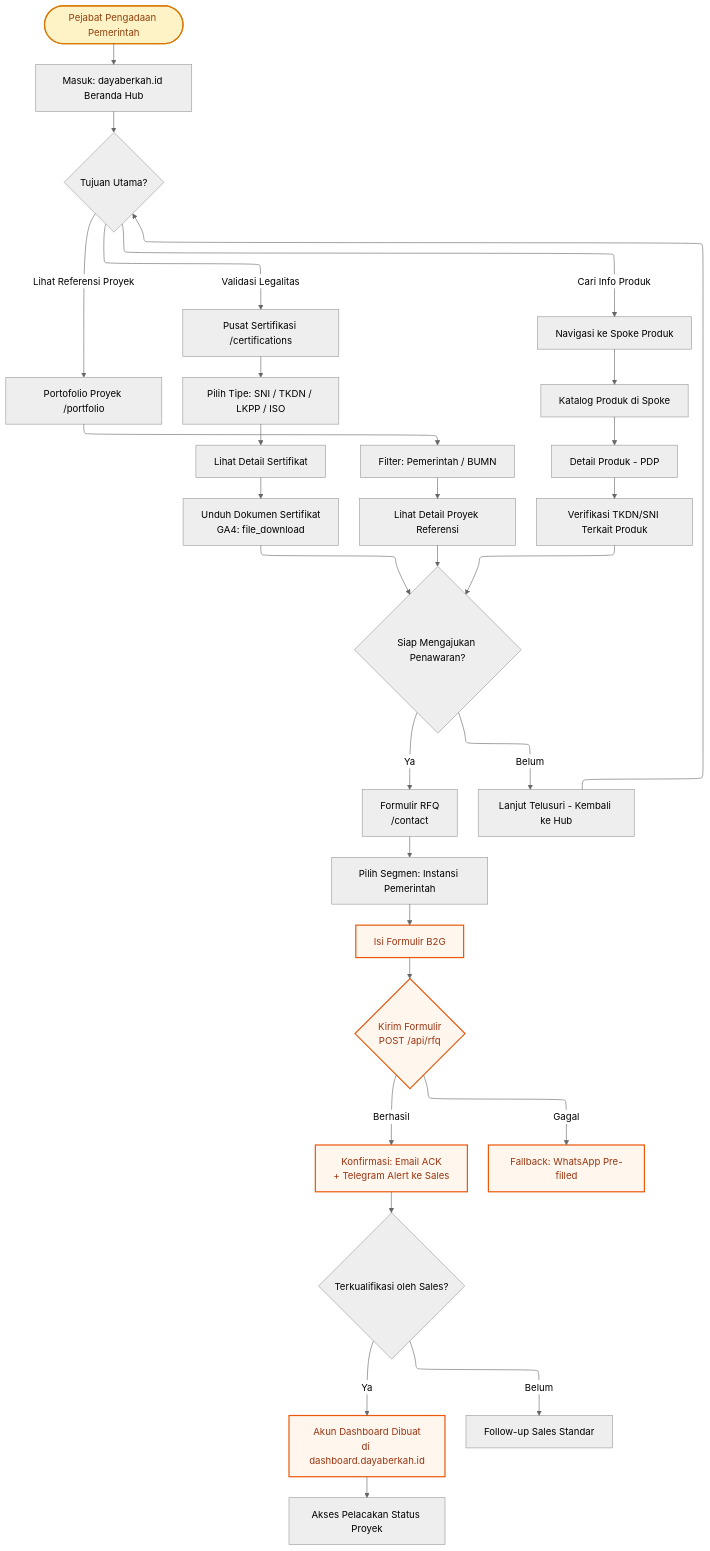
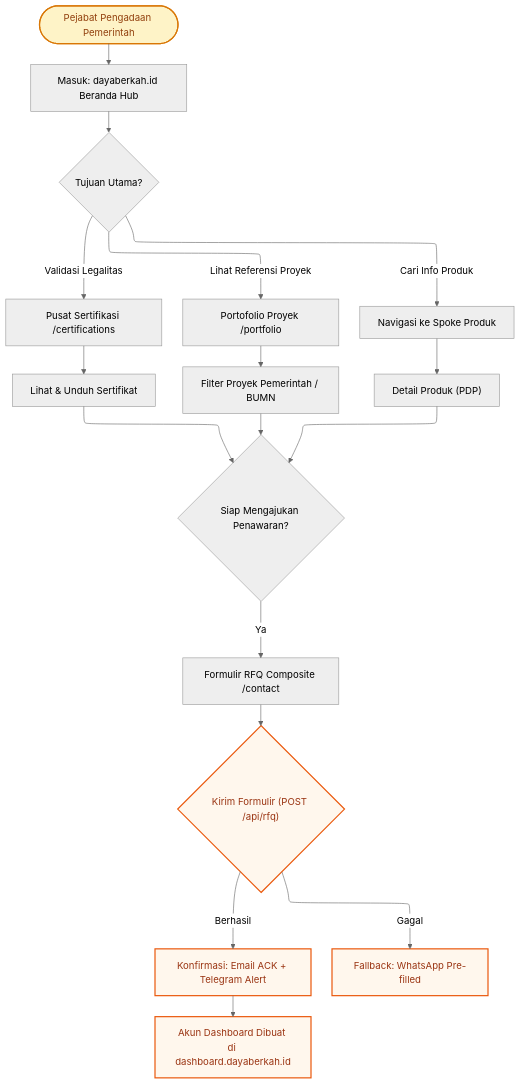
The first of 2 diagrams in docs/system/architecture/information-architecture/user-flows.md (pxrzival404/arostech-hub), drawn with Mermaid (neutral theme) before and after one commit. The commit also changed other lines of this file and 72 other files, not shown here.

Commit message:
docs(refactor): complete Phase 0 HLA architecture cascade and 7-Pillars standardisation

````diff
--- a/docs/system/architecture/information-architecture/user-flows.md
+++ b/docs/system/architecture/information-architecture/user-flows.md
@@ -18,45 +35,33 @@
 ```mermaid
 ---
 config:
   layout: elk
 ---
 flowchart TD
     classDef entry fill:#fef3c7,stroke:#d97706,stroke-width:2px,color:#92400e
     classDef conversion fill:#fff7ed,stroke:#ea580c,stroke-width:2px,color:#9a3412
 
-    START(["Pejabat Pengadaan Pemerintah"])
-    START --> ENTRY["Masuk: dayaberkah.id Beranda Hub"]
+    START(["Pejabat Pengadaan Pemerintah"]) --> ENTRY["Masuk: dayaberkah.id Beranda Hub"]
     ENTRY --> INTENT{"Tujuan Utama?"}
     INTENT -->|"Validasi Legalitas"| CERT["Pusat Sertifikasi /certifications"]
     INTENT -->|"Lihat Referensi Proyek"| PORT["Portofolio Proyek /portfolio"]
     INTENT -->|"Cari Info Produk"| SPOKE["Navigasi ke Spoke Produk"]
-    CERT --> CTYPE["Pilih Tipe: SNI / TKDN / LKPP / ISO"]
-    CTYPE --> CVIEW["Lihat Detail Sertifikat"]
-    CVIEW --> CDL["Unduh Dokumen Sertifikat\nGA4: file_download"]
-    PORT --> PFILT["Filter: Pemerintah / BUMN"]
-    PFILT --> PVIEW["Lihat Detail Proyek Referensi"]
-    SPOKE --> SCAT["Katalog Produk di Spoke"]
-    SCAT --> SPDP["Detail Produk - PDP"]
-    SPDP --> SCERT["Verifikasi TKDN/SNI Terkait Produk"]
-    CDL --> READY{"Siap Mengajukan Penawaran?"}
-    PVIEW --> READY
-    SCERT --> READY
-    READY -->|"Ya"| RFQPAGE["Formulir RFQ\n/contact"]
-    READY -->|"Belum"| BROWSE["Lanjut Telusuri - Kembali ke Hub"]
-    BROWSE --> INTENT
-    RFQPAGE --> SEGMENT["Pilih Segmen: Instansi Pemerintah"]
-    SEGMENT --> B2GFORM["Isi Formulir B2G"]
-    B2GFORM --> SUBMIT{"Kirim Formulir\nPOST /api/rfq"}
-    SUBMIT -->|"Berhasil"| CONFIRM["Konfirmasi: Email ACK\n+ Telegram Alert ke Sales"]
+
+    CERT --> CVIEW["Lihat & Unduh Sertifikat"]
+    PORT --> PVIEW["Filter Proyek Pemerintah / BUMN"]
+    SPOKE --> SPDP["Detail Produk (PDP)"]
+
+    CVIEW & PVIEW & SPDP --> READY{"Siap Mengajukan Penawaran?"}
+    READY -->|"Ya"| RFQPAGE["Formulir RFQ Composite /contact"]
+    RFQPAGE --> SUBMIT{"Kirim Formulir (POST /api/rfq)"}
+
+    SUBMIT -->|"Berhasil"| CONFIRM["Konfirmasi: Email ACK + Telegram Alert"]
     SUBMIT -->|"Gagal"| FALLBACK["Fallback: WhatsApp Pre-filled"]
-    CONFIRM --> QUALIFY{"Terkualifikasi oleh Sales?"}
-    QUALIFY -->|"Ya"| PROVISION["Akun Dashboard Dibuat\ndi dashboard.dayaberkah.id"]
-    QUALIFY -->|"Belum"| FOLLOWUP["Follow-up Sales Standar"]
-    PROVISION --> TRACKING["Akses Pelacakan Status Proyek"]
+    CONFIRM --> PROVISION["Akun Dashboard Dibuat di dashboard.dayaberkah.id"]
+
     class START entry
-    class B2GFORM conversion
     class SUBMIT conversion
     class CONFIRM conversion
     class FALLBACK conversion
     class PROVISION conversion
 ```
````
